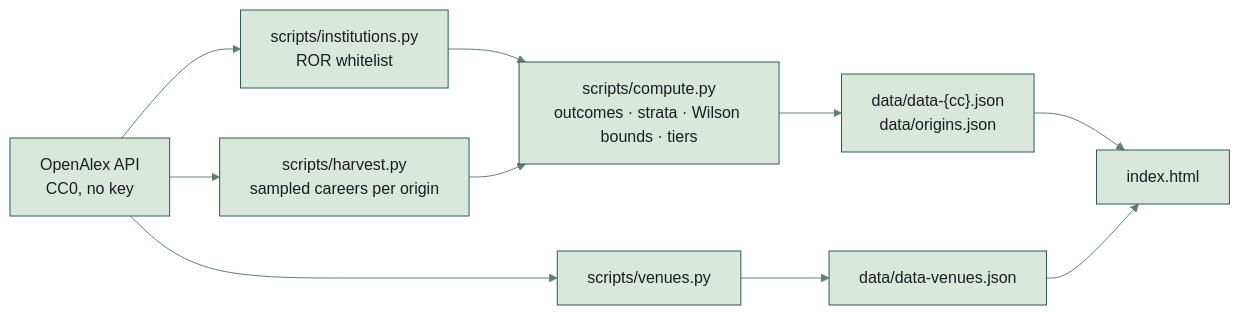
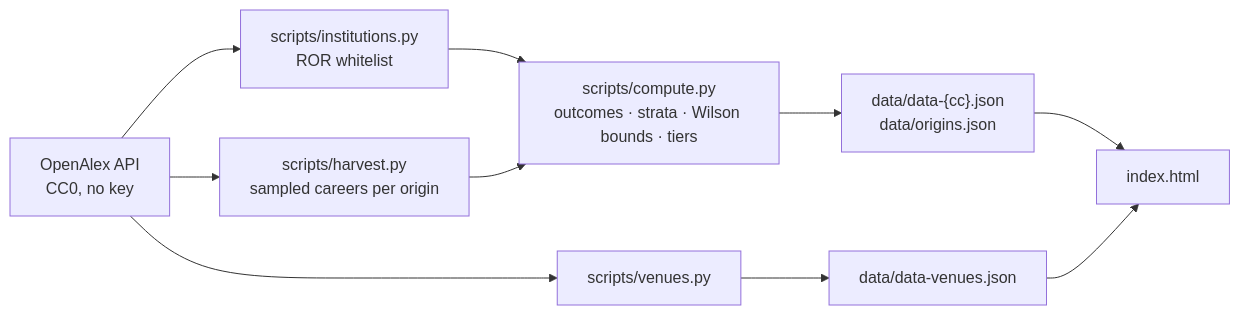
One commit to NickkkLian/Scholar-Outflow-Lab changed the diagram in README.md. Above: the diagram before and after it, drawn with Mermaid. The commit also changed other lines of this file and 19 other files, not shown here.

````diff
--- a/README.md
+++ b/README.md
@@ -64,12 +64,11 @@
 ```mermaid
-%%{init: {"theme": "base", "themeVariables": {"darkMode": false, "fontFamily": "Inter, BlinkMacSystemFont, Segoe UI, Helvetica Neue, Helvetica, Arial", "primaryColor": "#dae7db", "mainBkg": "#dae7db", "primaryTextColor": "#1d1b24", "nodeTextColor": "#1d1b24", "textColor": "#1d1b24", "primaryBorderColor": "#2f5859", "nodeBorder": "#2f5859", "secondaryColor": "#fae8eb", "tertiaryColor": "#f7e9e8", "lineColor": "#5f7f76", "arrowheadColor": "#5f7f76", "defaultLinkColor": "#5f7f76", "edgeLabelBackground": "#fae8eb", "clusterBkg": "#f7e9e8", "clusterBorder": "#a8707a", "titleColor": "#7d2d44"}}}%%
 flowchart LR
   OA["OpenAlex API<br/>CC0, no key"] --> INST["scripts/institutions.py<br/>ROR whitelist"]
   OA --> HARV["scripts/harvest.py<br/>sampled careers per origin"]
   INST --> COMP["scripts/compute.py<br/>outcomes · strata · Wilson bounds · tiers"]
   HARV --> COMP
   COMP --> DATA["data/data-{cc}.json<br/>data/origins.json"]
   OA --> VEN["scripts/venues.py"] --> VJ["data/data-venues.json"]
   DATA --> PAGE["index.html"]
   VJ --> PAGE
 ```
````
